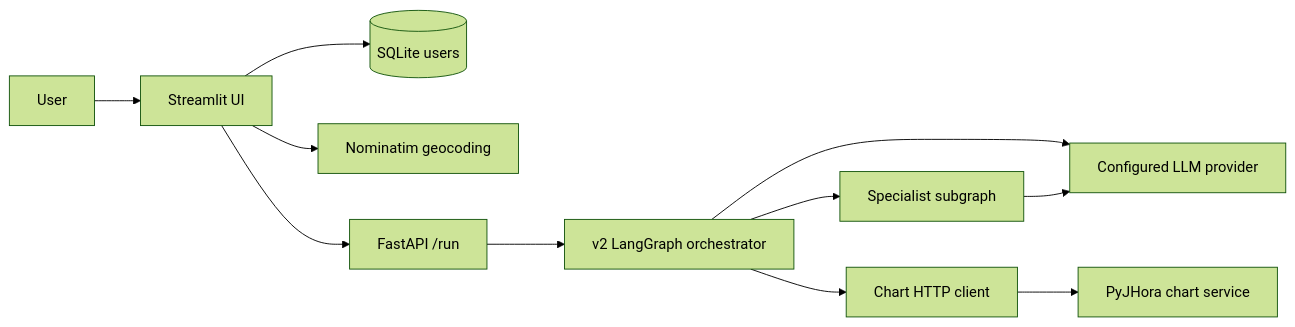
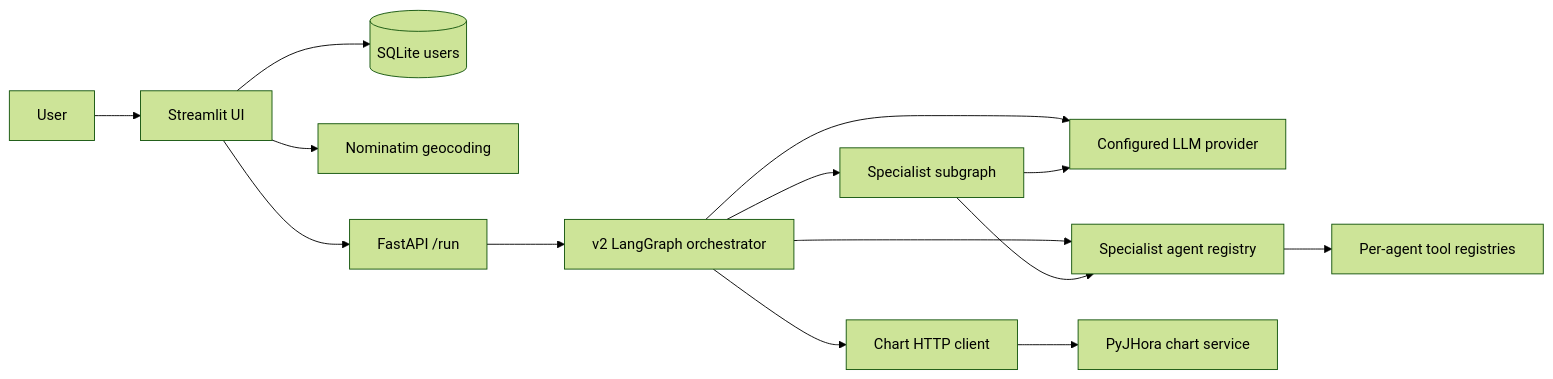
One commit to chamanthmvs/AstroWeave changed the first of 4 diagrams in docs/PROJECT_DOCUMENTATION.md. Above: the diagram before and after it, drawn with Mermaid (forest theme). The commit also changed other lines of this file and 11 other files, not shown here.

Commit message:
making changes like adding tool and agent registeries

````diff
--- a/docs/PROJECT_DOCUMENTATION.md
+++ b/docs/PROJECT_DOCUMENTATION.md
@@ -190,13 +193,16 @@
 ```mermaid
 flowchart LR
     User[User] --> UI[Streamlit UI]
     UI --> DB[(SQLite users)]
     UI --> Geo[Nominatim geocoding]
     UI --> API[FastAPI /run]
     API --> Orchestrator[v2 LangGraph orchestrator]
     Orchestrator --> LLM[Configured LLM provider]
+    Orchestrator --> AgentRegistry[Specialist agent registry]
+    AgentRegistry --> ToolRegistry[Per-agent tool registries]
     Orchestrator --> Specialist[Specialist subgraph]
+    Specialist --> AgentRegistry
     Specialist --> LLM
     Orchestrator --> ChartClient[Chart HTTP client]
     ChartClient --> ChartService[PyJHora chart service]
 ```
````
